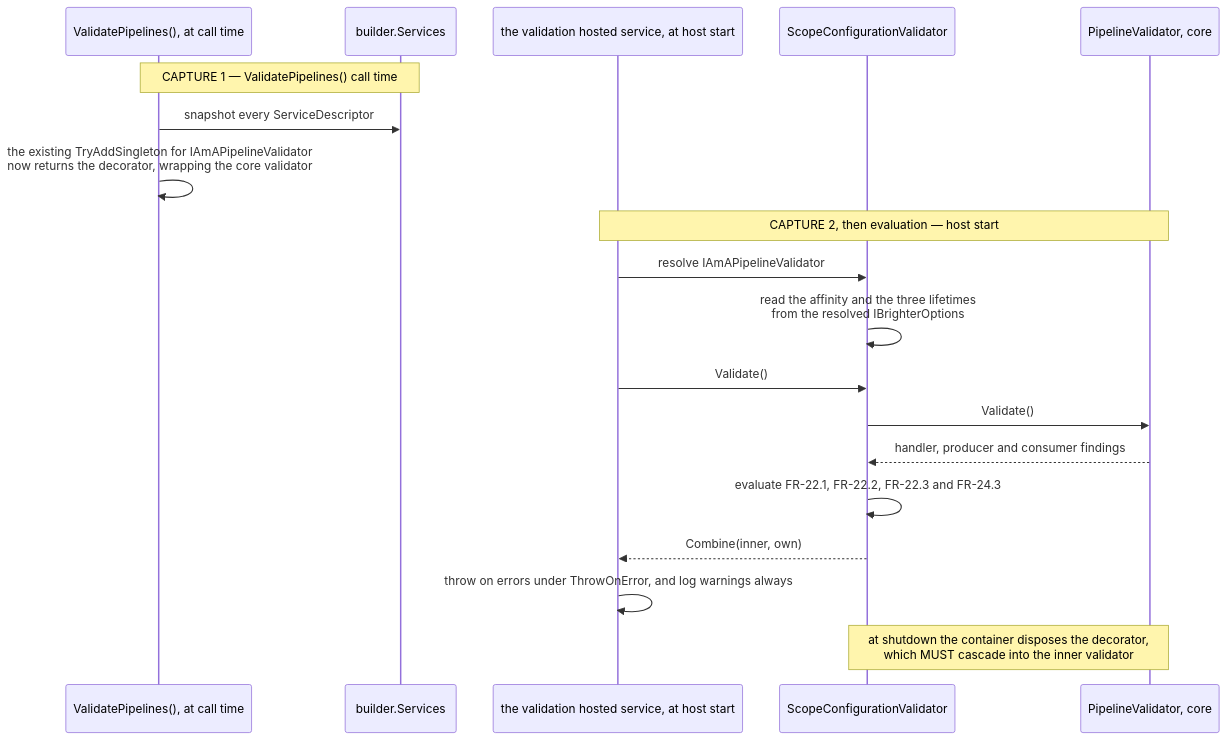
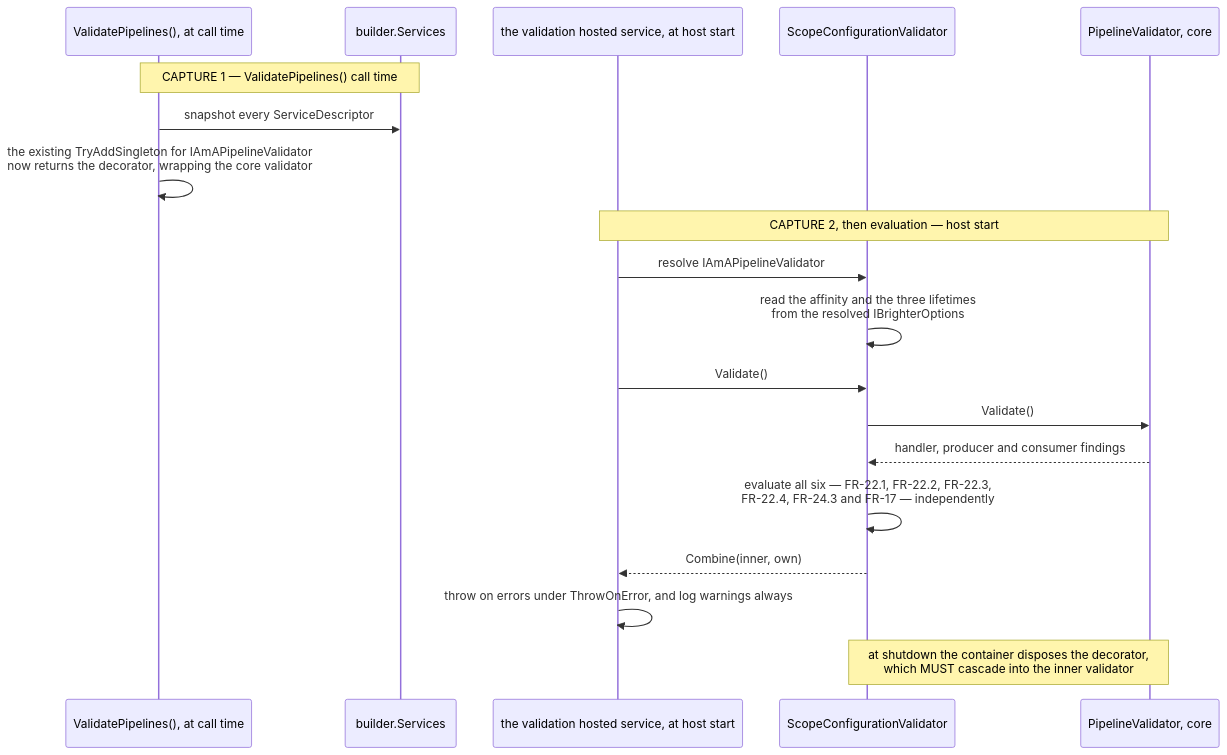
Before and after one commit to BrighterCommand/Brighter: the first of 2 diagrams in docs/adr/0074-lifetime-validation-evaluation-site.md, drawn with Mermaid. The commit also changed other lines of this file and 3 other files, not shown here.

````diff
--- a/docs/adr/0074-lifetime-validation-evaluation-site.md
+++ b/docs/adr/0074-lifetime-validation-evaluation-site.md
@@ -121,24 +123,24 @@
 ```mermaid
 sequenceDiagram
     participant VP as ValidatePipelines(), at call time
     participant SC as builder.Services
     participant Host as the validation hosted service, at host start
     participant Dec as ScopeConfigurationValidator
     participant Inner as PipelineValidator, core
 
     Note over VP,SC: CAPTURE 1 — ValidatePipelines() call time
     VP->>SC: snapshot every ServiceDescriptor
     VP->>VP: the existing TryAddSingleton for IAmAPipelineValidator<br/>now returns the decorator, wrapping the core validator
 
     Note over Host,Inner: CAPTURE 2, then evaluation — host start
     Host->>Dec: resolve IAmAPipelineValidator
     Dec->>Dec: read the affinity and the three lifetimes<br/>from the resolved IBrighterOptions
     Host->>Dec: Validate()
     Dec->>Inner: Validate()
     Inner-->>Dec: handler, producer and consumer findings
-    Dec->>Dec: evaluate FR-22.1, FR-22.2, FR-22.3 and FR-24.3
+    Dec->>Dec: evaluate all six — FR-22.1, FR-22.2, FR-22.3,<br/>FR-22.4, FR-24.3 and FR-17 — independently
     Dec-->>Host: Combine(inner, own)
     Host->>Host: throw on errors under ThrowOnError, and log warnings always
 
     Note over Dec,Inner: at shutdown the container disposes the decorator,<br/>which MUST cascade into the inner validator
 ```
````
